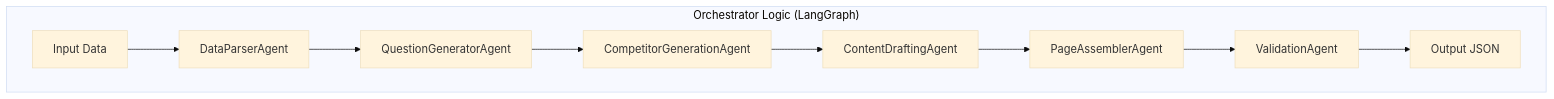
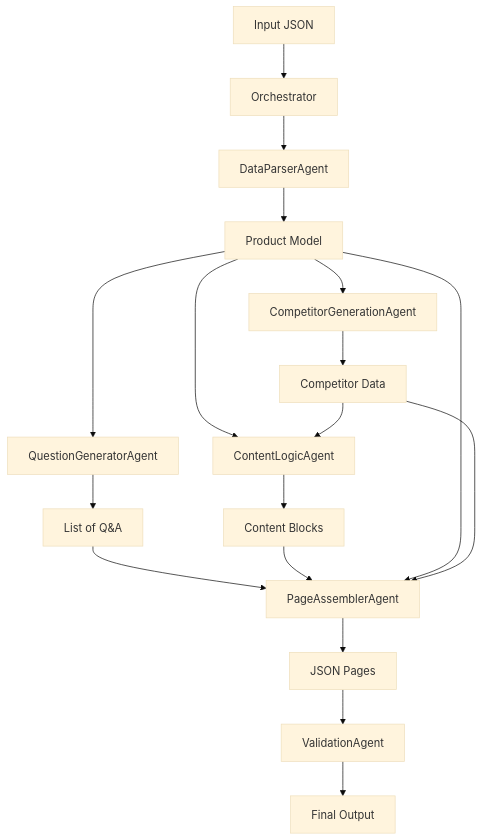
One commit to hr7657316/hr7657316-kasparro-ai-agentic-content-generation-system-Himanshu-Raj- changed the diagram in docs/architecture.md. Above: the diagram before and after it, drawn with Mermaid (base theme).

Commit message:
readme error fix

````diff
--- a/docs/architecture.md
+++ b/docs/architecture.md
@@ -28,12 +28,25 @@
 ```mermaid
 graph TD
-    subgraph Orchestrator ["Orchestrator Logic (LangGraph)"]
-        Start[Input Data] --> Parser[DataParserAgent]
-        Parser --> QGen[QuestionGeneratorAgent]
-        QGen --> Comp[CompetitorGenerationAgent]
-        Comp --> Draft[ContentDraftingAgent]
-        Draft --> Assemble[PageAssemblerAgent]
-        Assemble --> Validate[ValidationAgent]
-        Validate --> End[Output JSON]
-    end
+    Input[Input JSON] --> Orchestrator
+    Orchestrator --> DataParser[DataParserAgent]
+    DataParser --> ProductModel[Product Model]
+    ProductModel --> QuestionGenerator[QuestionGeneratorAgent]
+    ProductModel --> CompetitorGen[CompetitorGenerationAgent]
+    
+    ProductModel --> ContentLogic[ContentLogicAgent]
+    CompetitorGen --> Competitor[Competitor Data]
+    Competitor --> ContentLogic
+    
+    QuestionGenerator --> Questions[List of Q&A]
+    ContentLogic --> ContentBlocks[Content Blocks]
+    
+    Questions --> PageAssembler[PageAssemblerAgent]
+    ContentBlocks --> PageAssembler
+    ProductModel --> PageAssembler
+    Competitor --> PageAssembler
+    
+    PageAssembler --> Pages[JSON Pages]
+    Pages --> Validator[ValidationAgent]
+    Validator --> Output[Final Output]
+
 ```
````
